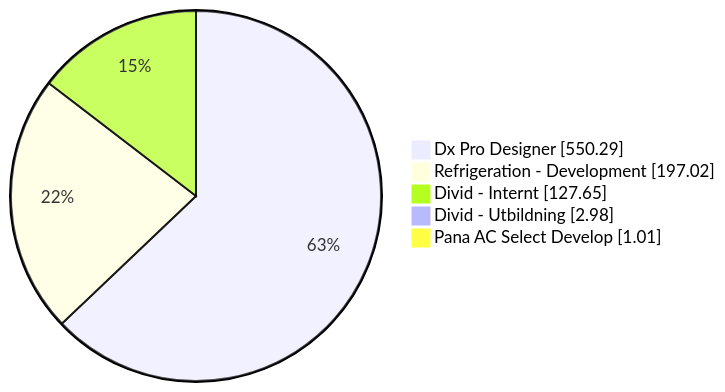
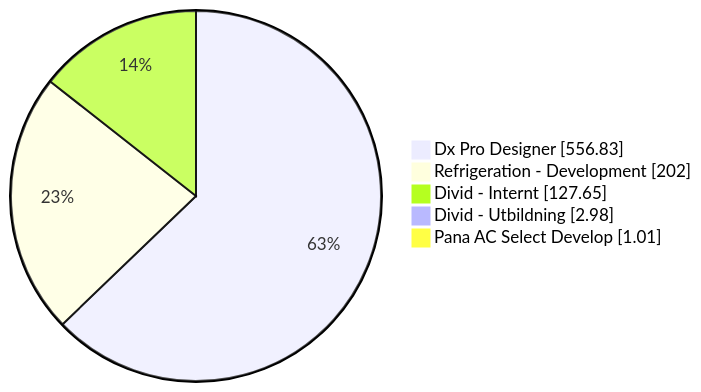
The first of 5 diagrams in README.org (albinforsberg-netizen/timeclock), drawn with Mermaid before and after one commit. The commit also changed other lines of this file, not shown here.

```diff
--- a/README.org
+++ b/README.org
@@ -32,8 +32,8 @@
 #+begin_src mermaid
 pie showData
-    "Dx Pro Designer" : 550.29
-    "Refrigeration - Development" : 197.02
+    "Dx Pro Designer" : 556.83
+    "Refrigeration - Development" : 202.00
     "Divid - Internt" : 127.65
     "Divid - Utbildning" : 2.98
     "Pana AC Select Develop" : 1.01
 #+end_src
```
